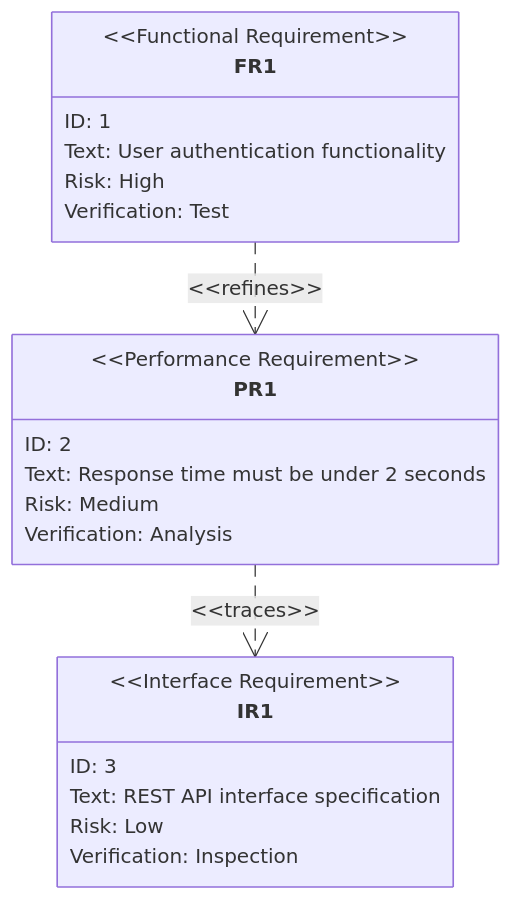
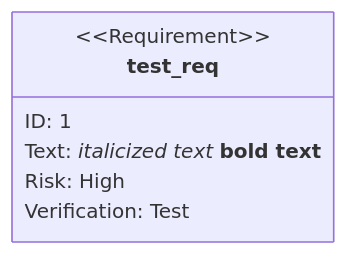
The second of 8 diagrams in skills/mermaid/examples/requirement.md (teachingai/full-stack-skills), drawn with Mermaid before and after one commit. The commit also changed other lines of this file and 21 other files, not shown here.

First line of the commit message:
docs(mermaid): 更新架构、块、C4和类图示例文档

````diff
--- a/skills/mermaid/examples/requirement.md
+++ b/skills/mermaid/examples/requirement.md
@@ -55,24 +52,10 @@
 ```mermaid
 requirementDiagram
-    functionalRequirement FR1 {
-        id: 1
-        text: User authentication functionality
-        risk: high
-        verifymethod: test
-    }
-    performanceRequirement PR1 {
-        id: 2
-        text: Response time must be under 2 seconds
-        risk: medium
-        verifymethod: analysis
-    }
-    interfaceRequirement IR1 {
-        id: 3
-        text: REST API interface specification
-        risk: low
-        verifymethod: inspection
-    }
 
-    FR1 - refines -> PR1
-    PR1 - traces -> IR1
+requirement "__test_req__" {
+    id: 1
+    text: "*italicized text* **bold text**"
+    risk: high
+    verifymethod: test
+}
 ```
````
